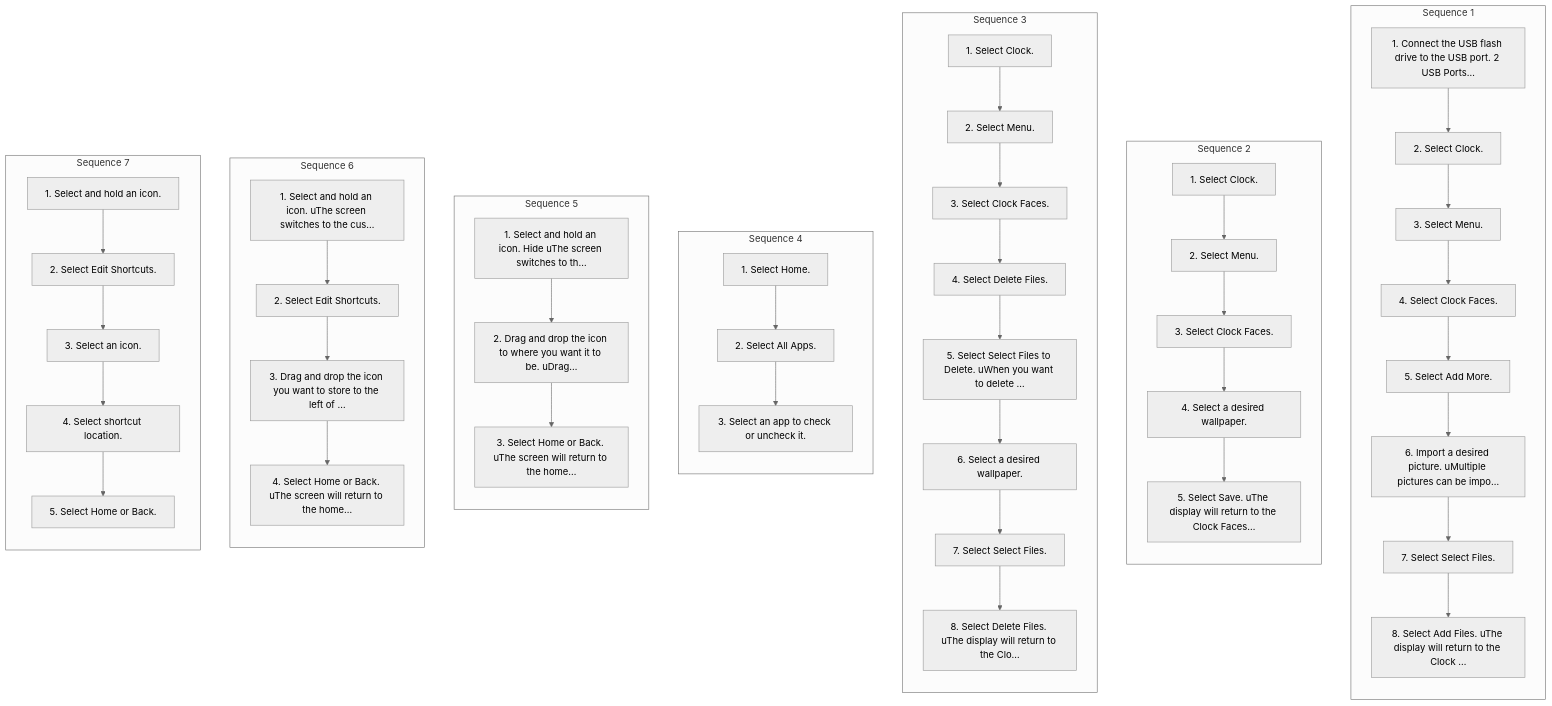
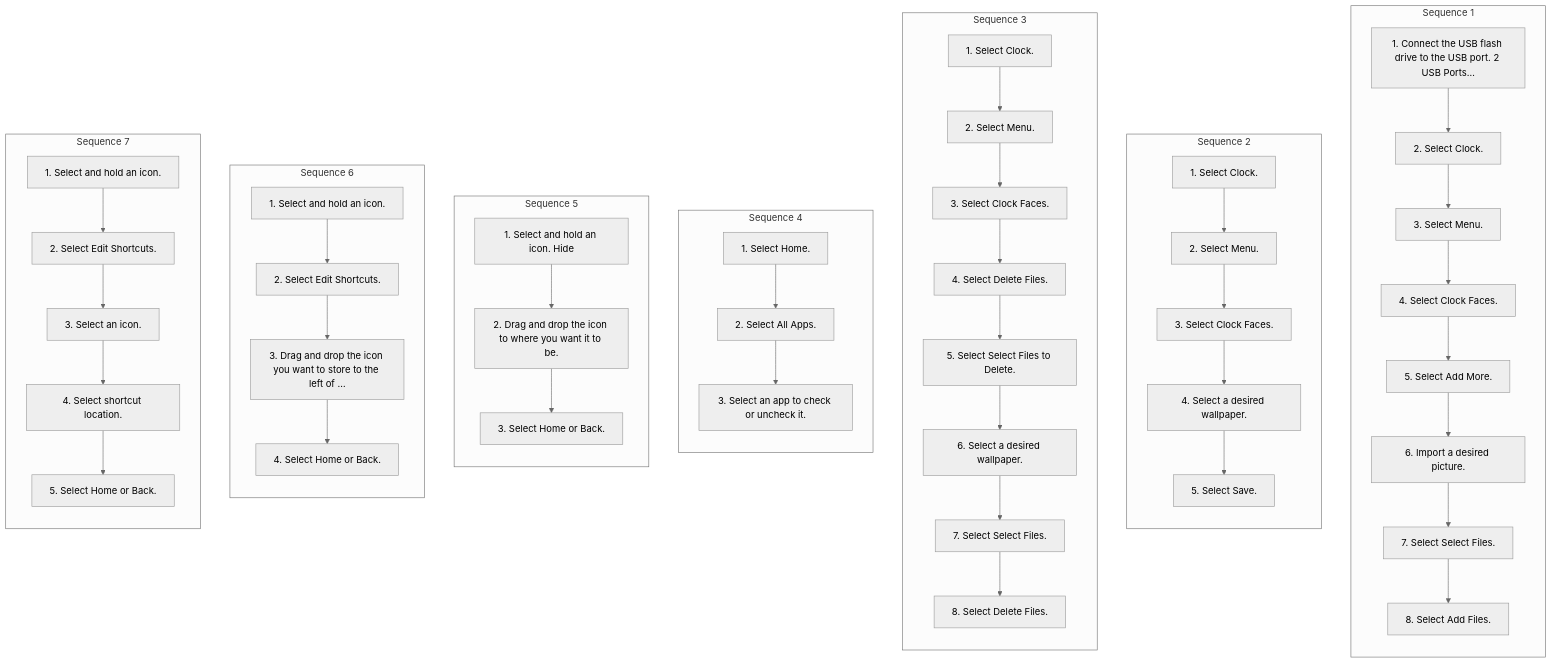
Before and after one commit to Chieko-Y/my-spec-generator: the diagram in workspace/honda/pilot-2026/ivi/published/features/6-audio-information-screen.md, drawn with Mermaid (neutral theme). The commit also changed other lines of this file and 59 other files, not shown here.

```diff
--- a/workspace/honda/pilot-2026/ivi/published/features/6-audio-information-screen.md
+++ b/workspace/honda/pilot-2026/ivi/published/features/6-audio-information-screen.md
@@ -35,9 +35,9 @@
     S1_3["3. Select Menu."]
     S1_4["4. Select Clock Faces."]
     S1_5["5. Select Add More."]
-    S1_6["6. Import a desired picture. uMultiple pictures can be impo…"]
+    S1_6["6. Import a desired picture."]
     S1_7["7. Select Select Files."]
-    S1_8["8. Select Add Files. uThe display will return to the Clock …"]
+    S1_8["8. Select Add Files."]
     S1_1 --> S1_2
     S1_2 --> S1_3
     S1_3 --> S1_4
@@ -52,7 +52,7 @@
     S2_2["2. Select Menu."]
     S2_3["3. Select Clock Faces."]
     S2_4["4. Select a desired wallpaper."]
-    S2_5["5. Select Save. uThe display will return to the Clock Faces…"]
+    S2_5["5. Select Save."]
     S2_1 --> S2_2
     S2_2 --> S2_3
     S2_3 --> S2_4
@@ -64,10 +64,10 @@
     S3_2["2. Select Menu."]
     S3_3["3. Select Clock Faces."]
     S3_4["4. Select Delete Files."]
-    S3_5["5. Select Select Files to Delete. uWhen you want to delete …"]
+    S3_5["5. Select Select Files to Delete."]
     S3_6["6. Select a desired wallpaper."]
     S3_7["7. Select Select Files."]
-    S3_8["8. Select Delete Files. uThe display will return to the Clo…"]
+    S3_8["8. Select Delete Files."]
     S3_1 --> S3_2
     S3_2 --> S3_3
     S3_3 --> S3_4
@@ -86,18 +86,18 @@
     end
     subgraph SEQ5["Sequence 5"]
     direction TB
-    S5_1["1. Select and hold an icon. Hide uThe screen switches to th…"]
-    S5_2["2. Drag and drop the icon to where you want it to be. uDrag…"]
-    S5_3["3. Select Home or Back. uThe screen will return to the home…"]
+    S5_1["1. Select and hold an icon. Hide"]
+    S5_2["2. Drag and drop the icon to where you want it to be."]
+    S5_3["3. Select Home or Back."]
     S5_1 --> S5_2
     S5_2 --> S5_3
     end
     subgraph SEQ6["Sequence 6"]
     direction TB
-    S6_1["1. Select and hold an icon. uThe screen switches to the cus…"]
+    S6_1["1. Select and hold an icon."]
     S6_2["2. Select Edit Shortcuts."]
     S6_3["3. Drag and drop the icon you want to store to the left of …"]
-    S6_4["4. Select Home or Back. uThe screen will return to the home…"]
+    S6_4["4. Select Home or Back."]
     S6_1 --> S6_2
     S6_2 --> S6_3
     S6_3 --> S6_4
```
